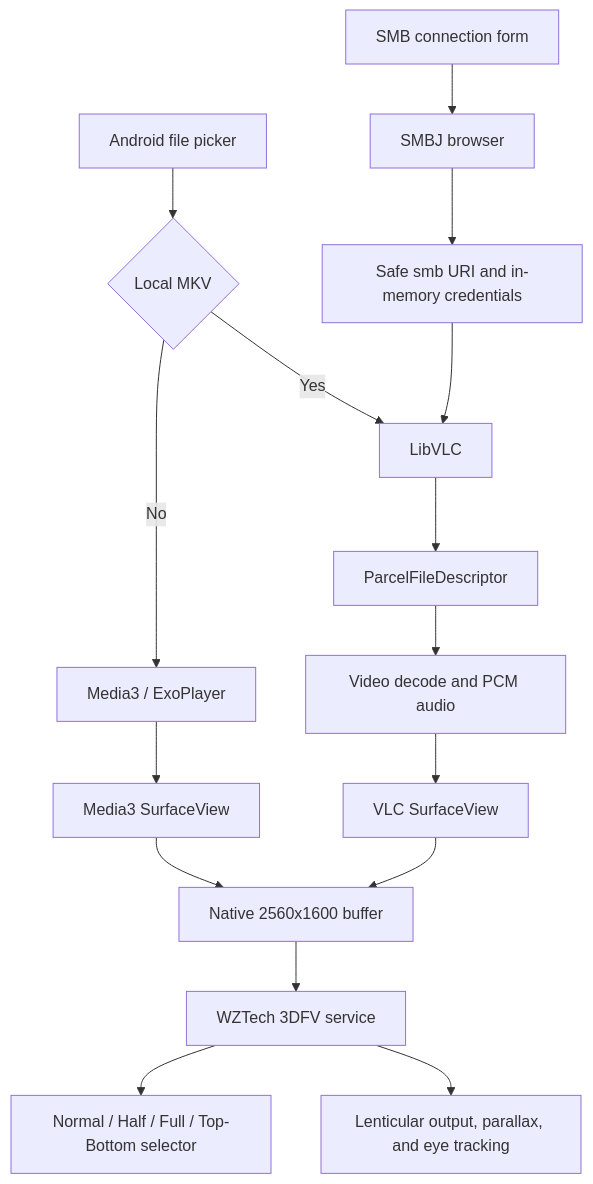
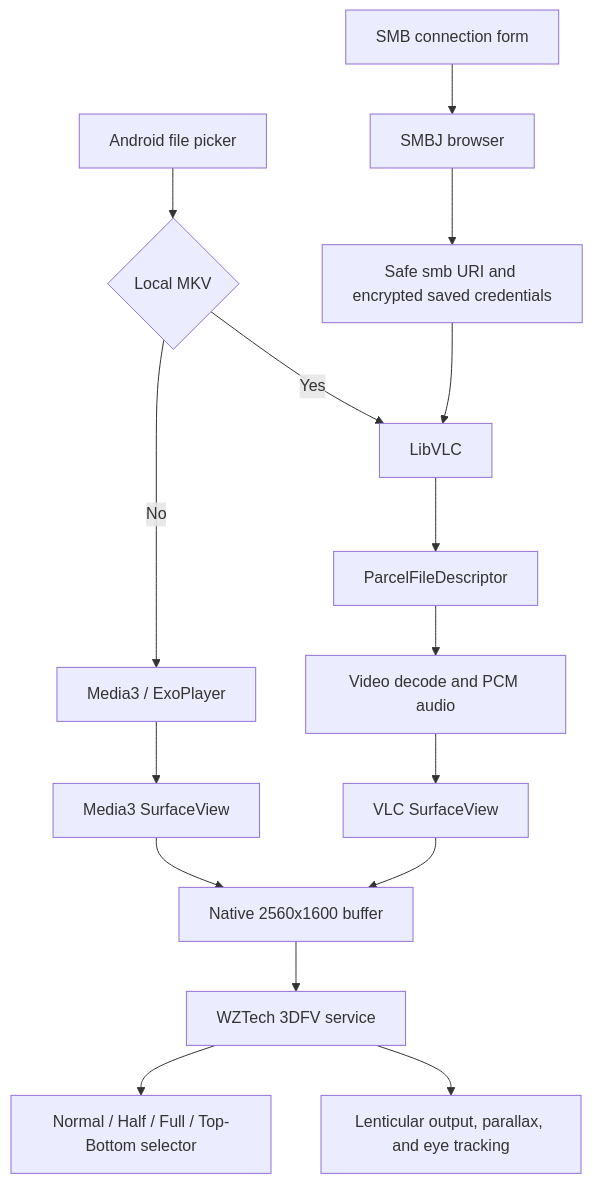
The diagram in README.md (jdmarinv/SKYY-MKV-3D), drawn with Mermaid before and after one commit. The commit also changed other lines of this file and 4 other files, not shown here.

````diff
--- a/README.md
+++ b/README.md
@@ -48,18 +50,18 @@
 ```mermaid
 flowchart TD
     A[Android file picker] --> B{Local MKV}
     B -->|No| C[Media3 / ExoPlayer]
     B -->|Yes| D[LibVLC]
     C --> E[Media3 SurfaceView]
     D --> F[ParcelFileDescriptor]
     F --> G[Video decode and PCM audio]
     G --> H[VLC SurfaceView]
     I[SMB connection form] --> J[SMBJ browser]
-    J --> K[Safe smb URI and in-memory credentials]
+    J --> K[Safe smb URI and encrypted saved credentials]
     K --> D
     E --> L[Native 2560x1600 buffer]
     H --> L
     L --> M[WZTech 3DFV service]
     M --> N[Normal / Half / Full / Top-Bottom selector]
     M --> O[Lenticular output, parallax, and eye tracking]
 ```
````
